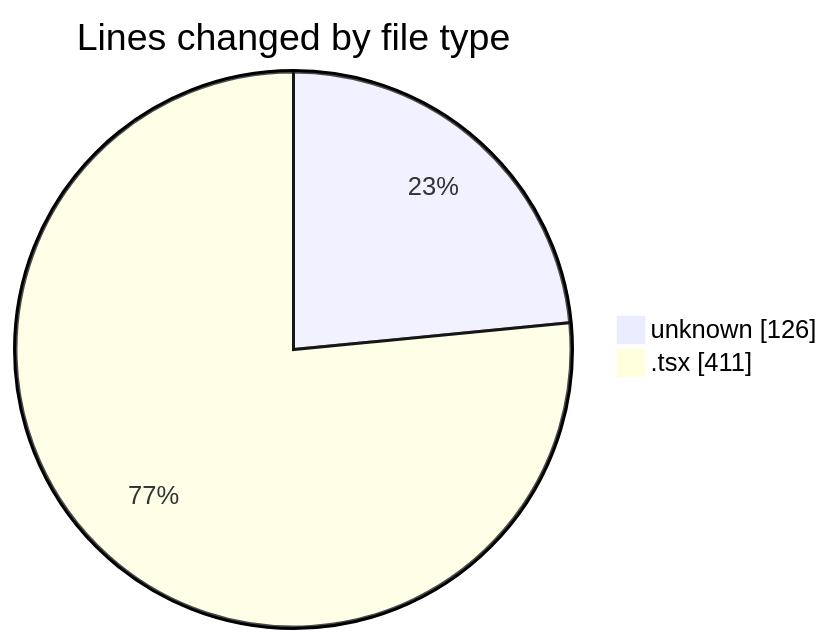
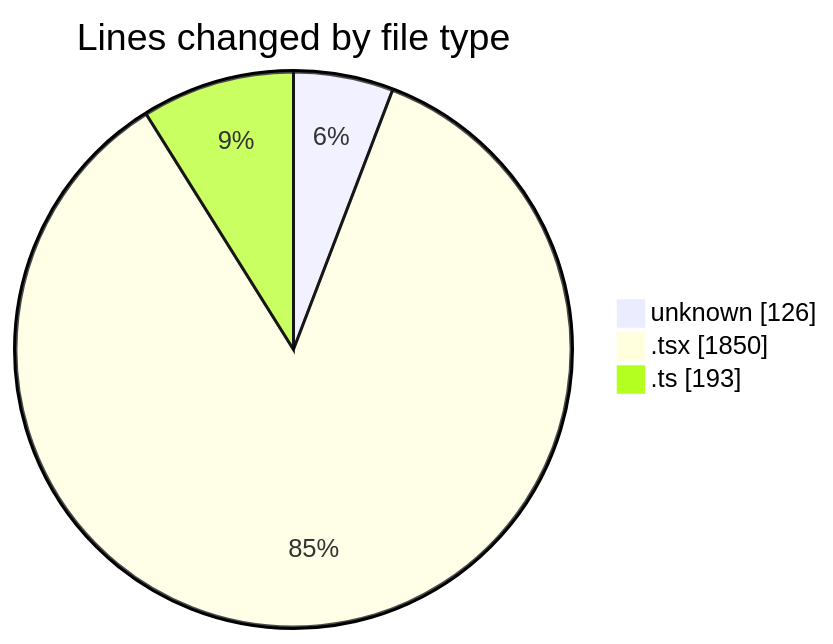
One commit to momahboobian/code-tracking changed the first of 2 diagrams in 2026-09-23/cda/README.md. Above: the diagram before and after it, drawn with Mermaid. The commit also changed other lines of this file and 1 other file, not shown here.

````diff
--- a/2026-09-23/cda/README.md
+++ b/2026-09-23/cda/README.md
@@ -21,6 +27,7 @@
 ```mermaid
 pie showData
 title Lines changed by file type
 "unknown" : 126
-".tsx" : 411
+".tsx" : 1850
+".ts" : 193
 ```
````
